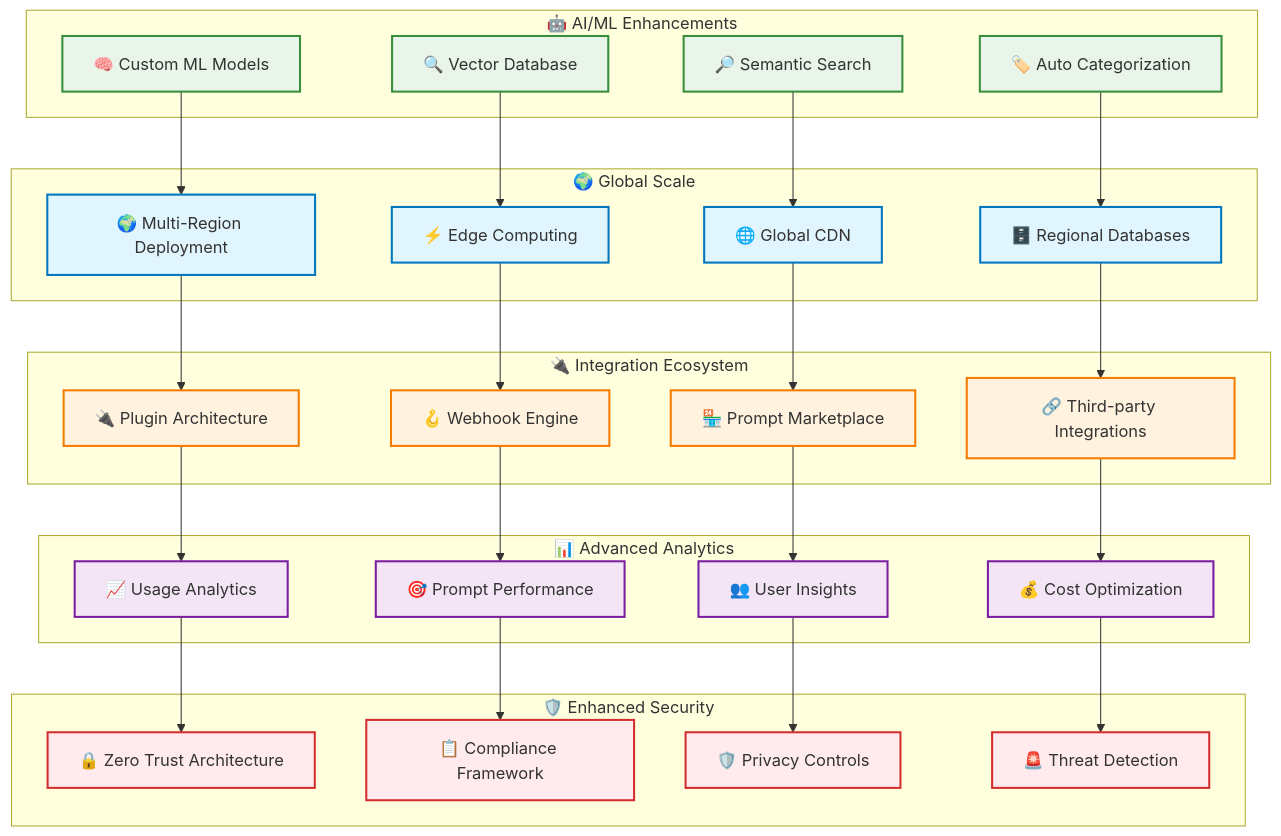
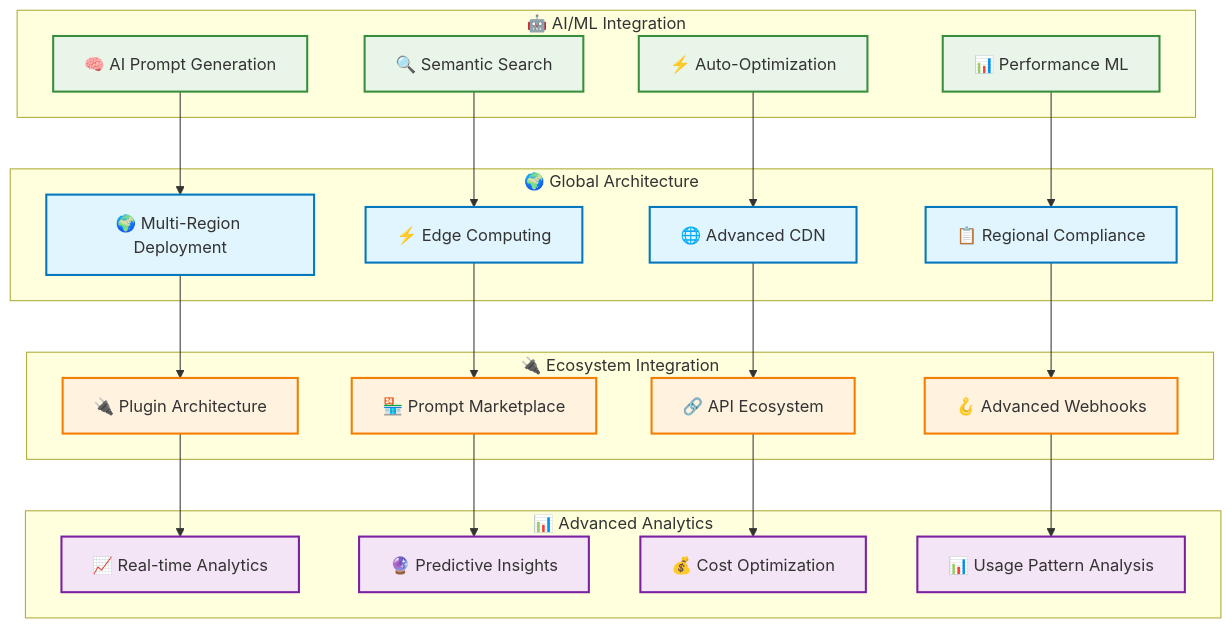
One commit to MakerCorn/ai-prompt-manager changed diagram 16 of 16 in ARCHITECTURE.md. Above: the diagram before and after it, drawn with Mermaid. The commit also changed other lines of this file and 39 other files, not shown here.

````diff
--- a/ARCHITECTURE.md
+++ b/ARCHITECTURE.md
@@ -1070,69 +996,55 @@
 ```mermaid
 graph TB
-    subgraph "🤖 AI/ML Enhancements"
-        ML_MODELS[🧠 Custom ML Models]
-        VECTOR_DB[🔍 Vector Database]
-        SEMANTIC_SEARCH[🔎 Semantic Search]
-        AUTO_CATEGORIZATION[🏷️ Auto Categorization]
+    subgraph "🤖 AI/ML Integration"
+        ML_PROMPT_GEN[🧠 AI Prompt Generation]
+        SEMANTIC_SEARCH[🔍 Semantic Search]
+        AUTO_OPTIMIZATION[⚡ Auto-Optimization]
+        PERFORMANCE_ML[📊 Performance ML]
     end
 
-    subgraph "🌍 Global Scale"
+    subgraph "🌍 Global Architecture"
         MULTI_REGION[🌍 Multi-Region Deployment]
-        EDGE_COMPUTING[⚡ Edge Computing]
-        GLOBAL_CDN[🌐 Global CDN]
-        REGIONAL_DB[🗄️ Regional Databases]
+        EDGE_COMPUTE[⚡ Edge Computing]
+        CDN_INTEGRATION[🌐 Advanced CDN]
+        REGIONAL_COMPLIANCE[📋 Regional Compliance]
     end
 
-    subgraph "🔌 Integration Ecosystem"
-        PLUGIN_SYSTEM[🔌 Plugin Architecture]
-        WEBHOOK_ENGINE[🪝 Webhook Engine]
+    subgraph "🔌 Ecosystem Integration"
+        PLUGIN_ARCH[🔌 Plugin Architecture]
         MARKETPLACE[🏪 Prompt Marketplace]
-        THIRD_PARTY[🔗 Third-party Integrations]
+        API_ECOSYSTEM[🔗 API Ecosystem]
+        WEBHOOK_ENGINE[🪝 Advanced Webhooks]
     end
 
     subgraph "📊 Advanced Analytics"
-        USAGE_ANALYTICS[📈 Usage Analytics]
-        PROMPT_PERFORMANCE[🎯 Prompt Performance]
-        USER_INSIGHTS[👥 User Insights]
+        REAL_TIME_ANALYTICS[📈 Real-time Analytics]
+        PREDICTIVE_INSIGHTS[🔮 Predictive Insights]
         COST_OPTIMIZATION[💰 Cost Optimization]
+        USAGE_PATTERNS[📊 Usage Pattern Analysis]
     end
 
-    subgraph "🛡️ Enhanced Security"
-        ZERO_TRUST[🔒 Zero Trust Architecture]
-        COMPLIANCE[📋 Compliance Framework]
-        PRIVACY_CONTROLS[🛡️ Privacy Controls]
-        THREAT_DETECTION[🚨 Threat Detection]
-    end
-
-    ML_MODELS --> MULTI_REGION
-    VECTOR_DB --> EDGE_COMPUTING
-    SEMANTIC_SEARCH --> GLOBAL_CDN
-    AUTO_CATEGORIZATION --> REGIONAL_DB
+    ML_PROMPT_GEN --> MULTI_REGION
+    SEMANTIC_SEARCH --> EDGE_COMPUTE
+    AUTO_OPTIMIZATION --> CDN_INTEGRATION
+    PERFORMANCE_ML --> REGIONAL_COMPLIANCE
     
-    MULTI_REGION --> PLUGIN_SYSTEM
-    EDGE_COMPUTING --> WEBHOOK_ENGINE
-    GLOBAL_CDN --> MARKETPLACE
-    REGIONAL_DB --> THIRD_PARTY
+    MULTI_REGION --> PLUGIN_ARCH
+    EDGE_COMPUTE --> MARKETPLACE
+    CDN_INTEGRATION --> API_ECOSYSTEM
+    REGIONAL_COMPLIANCE --> WEBHOOK_ENGINE
     
-    PLUGIN_SYSTEM --> USAGE_ANALYTICS
-    WEBHOOK_ENGINE --> PROMPT_PERFORMANCE
-    MARKETPLACE --> USER_INSIGHTS
-    THIRD_PARTY --> COST_OPTIMIZATION
-    
-    USAGE_ANALYTICS --> ZERO_TRUST
-    PROMPT_PERFORMANCE --> COMPLIANCE
-    USER_INSIGHTS --> PRIVACY_CONTROLS
-    COST_OPTIMIZATION --> THREAT_DETECTION
+    PLUGIN_ARCH --> REAL_TIME_ANALYTICS
+    MARKETPLACE --> PREDICTIVE_INSIGHTS
+    API_ECOSYSTEM --> COST_OPTIMIZATION
+    WEBHOOK_ENGINE --> USAGE_PATTERNS
 
     classDef ai fill:#e8f5e8,stroke:#388e3c,stroke-width:2px
     classDef global fill:#e1f5fe,stroke:#0277bd,stroke-width:2px
-    classDef integration fill:#fff3e0,stroke:#f57c00,stroke-width:2px
+    classDef ecosystem fill:#fff3e0,stroke:#f57c00,stroke-width:2px
     classDef analytics fill:#f3e5f5,stroke:#7b1fa2,stroke-width:2px
-    classDef security fill:#ffebee,stroke:#d32f2f,stroke-width:2px
 
-    class ML_MODELS,VECTOR_DB,SEMANTIC_SEARCH,AUTO_CATEGORIZATION ai
-    class MULTI_REGION,EDGE_COMPUTING,GLOBAL_CDN,REGIONAL_DB global
-    class PLUGIN_SYSTEM,WEBHOOK_ENGINE,MARKETPLACE,THIRD_PARTY integration
-    class USAGE_ANALYTICS,PROMPT_PERFORMANCE,USER_INSIGHTS,COST_OPTIMIZATION analytics
-    class ZERO_TRUST,COMPLIANCE,PRIVACY_CONTROLS,THREAT_DETECTION security
+    class ML_PROMPT_GEN,SEMANTIC_SEARCH,AUTO_OPTIMIZATION,PERFORMANCE_ML ai
+    class MULTI_REGION,EDGE_COMPUTE,CDN_INTEGRATION,REGIONAL_COMPLIANCE global
+    class PLUGIN_ARCH,MARKETPLACE,API_ECOSYSTEM,WEBHOOK_ENGINE ecosystem
+    class REAL_TIME_ANALYTICS,PREDICTIVE_INSIGHTS,COST_OPTIMIZATION,USAGE_PATTERNS analytics
 ```
````
